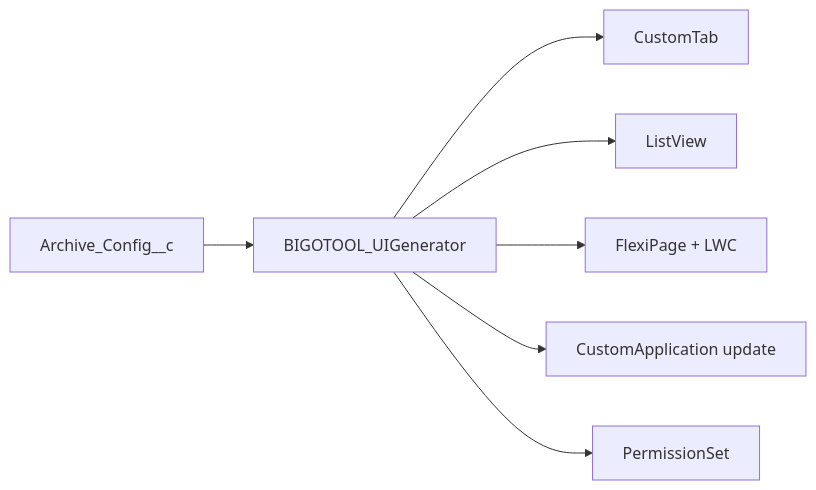
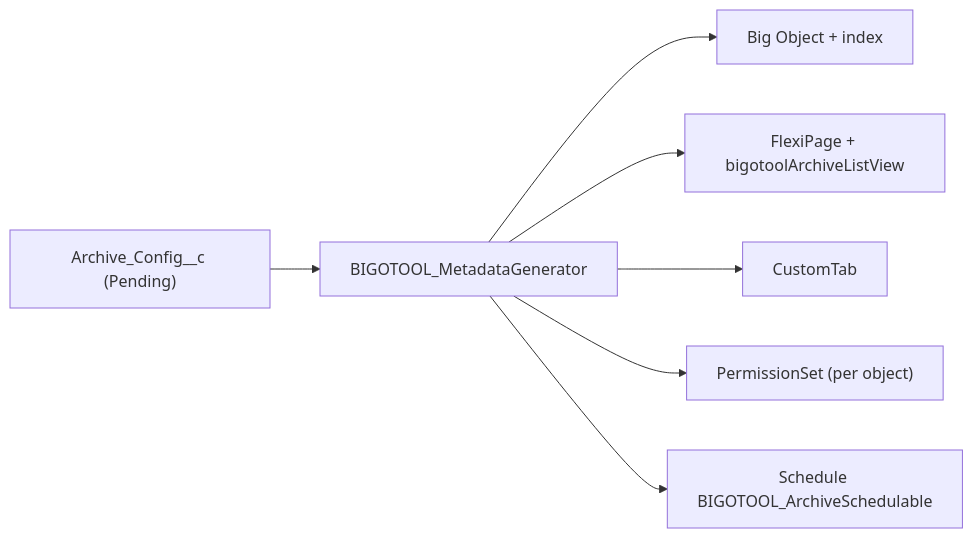
The third of 7 diagrams in docs/ARCHITECTURE.md (sonicfurqan/Salesforce-Big-Object-Toolkit), drawn with Mermaid before and after one commit. The commit also changed other lines of this file and 11 other files, not shown here.

````diff
--- a/docs/ARCHITECTURE.md
+++ b/docs/ARCHITECTURE.md
@@ -403,9 +375,9 @@
 ```mermaid
 flowchart LR
-    CFG["Archive_Config__c"] --> GEN["BIGOTOOL_UIGenerator"]
-    GEN --> T["CustomTab"]
-    GEN --> LV["ListView"]
-    GEN --> FP["FlexiPage + LWC"]
-    GEN --> APP["CustomApplication update"]
-    GEN --> PS["PermissionSet"]
+    CFG["Archive_Config__c (Pending)"] --> MG["BIGOTOOL_MetadataGenerator"]
+    MG --> BO["Big Object + index"]
+    MG --> FP["FlexiPage + bigotoolArchiveListView"]
+    MG --> TAB["CustomTab"]
+    MG --> PS["PermissionSet (per object)"]
+    MG --> JOB["Schedule BIGOTOOL_ArchiveSchedulable"]
 ```
````
